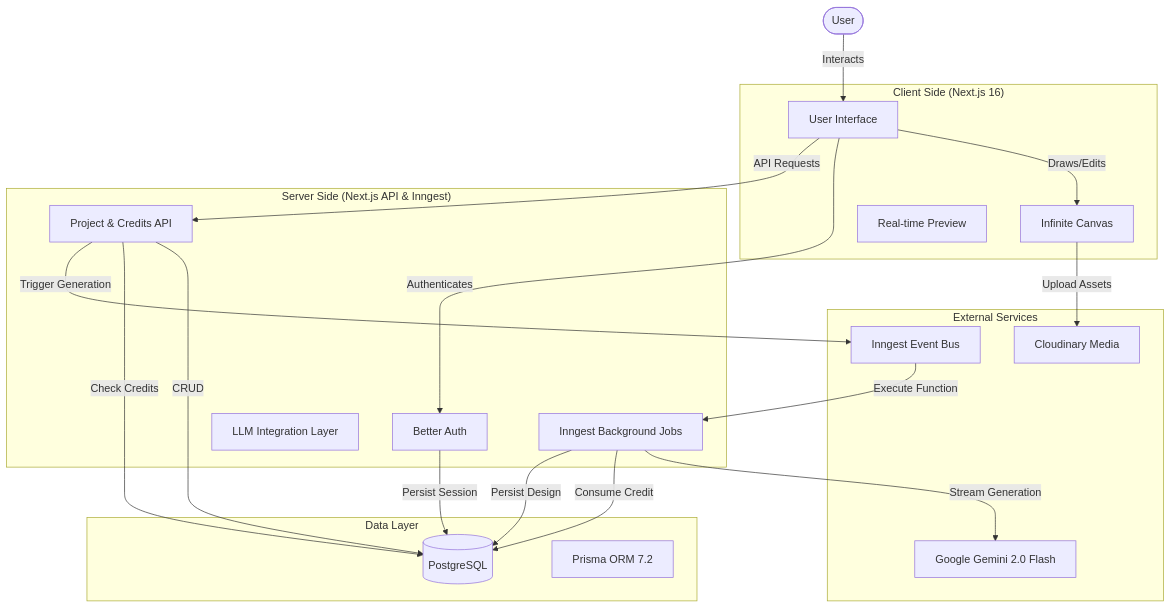
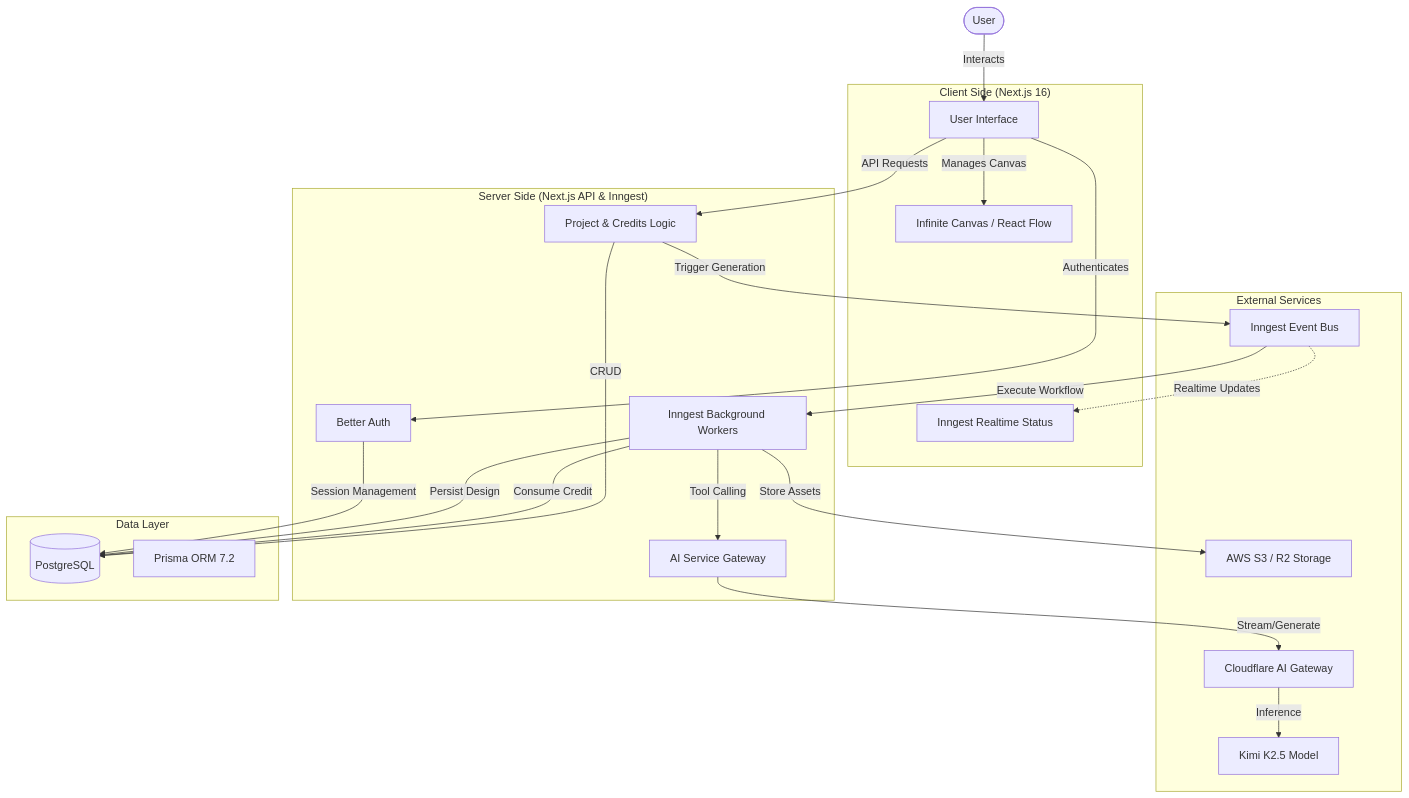
Before and after one commit to lwshakib/sketch-design-with-ai: the diagram in README.md, drawn with Mermaid. The commit also changed other lines of this file and 2 other files, not shown here.

Commit message:
refactor: migrate AI provider to Kimi K2.5 via Cloudflare AI Gateway and integrate React Flow for spatial canvas management

````diff
--- a/README.md
+++ b/README.md
@@ -28,44 +26,48 @@
 ```mermaid
 graph TD
     User([User])
     subgraph Client ["Client Side (Next.js 16)"]
         UI[User Interface]
-        Canvas[Infinite Canvas]
-        Preview[Real-time Preview]
+        Canvas[Infinite Canvas / React Flow]
+        Realtime[Inngest Realtime Status]
     end
 
     subgraph Server ["Server Side (Next.js API & Inngest)"]
         Auth[Better Auth]
-        InngestAPI[Inngest Background Jobs]
-        ProjectAPI[Project & Credits API]
-        LLM[LLM Integration Layer]
+        InngestAPI[Inngest Background Workers]
+        ProjectAPI[Project & Credits Logic]
+        AIService[AI Service Gateway]
     end
 
     subgraph Services ["External Services"]
-        Gemini[Google Gemini 2.0 Flash]
+        Gateway[Cloudflare AI Gateway]
+        Kimi[Kimi K2.5 Model]
         InngestCloud[Inngest Event Bus]
-        Cloudinary[Cloudinary Media]
+        S3Storage[AWS S3 / R2 Storage]
     end
 
     subgraph Data ["Data Layer"]
         DB[(PostgreSQL)]
         Prisma[Prisma ORM 7.2]
     end
 
     User -->|Interacts| UI
-    UI -->|Draws/Edits| Canvas
+    UI -->|Manages Canvas| Canvas
     UI -->|Authenticates| Auth
     UI -->|API Requests| ProjectAPI
+    
+    InngestCloud -.->|Realtime Updates| Realtime
 
     ProjectAPI -->|CRUD| DB
-    ProjectAPI -->|Check Credits| DB
     ProjectAPI -->|Trigger Generation| InngestCloud
 
-    InngestCloud -->|Execute Function| InngestAPI
-    InngestAPI -->|Stream Generation| Gemini
+    InngestCloud -->|Execute Workflow| InngestAPI
+    InngestAPI -->|Tool Calling| AIService
+    AIService -->|Stream/Generate| Gateway
+    Gateway -->|Inference| Kimi
     InngestAPI -->|Consume Credit| DB
     InngestAPI -->|Persist Design| DB
 
-    Auth -->|Persist Session| DB
-    Canvas -->|Upload Assets| Cloudinary
+    Auth -->|Session Management| DB
+    InngestAPI -->|Store Assets| S3Storage
 ```
````
